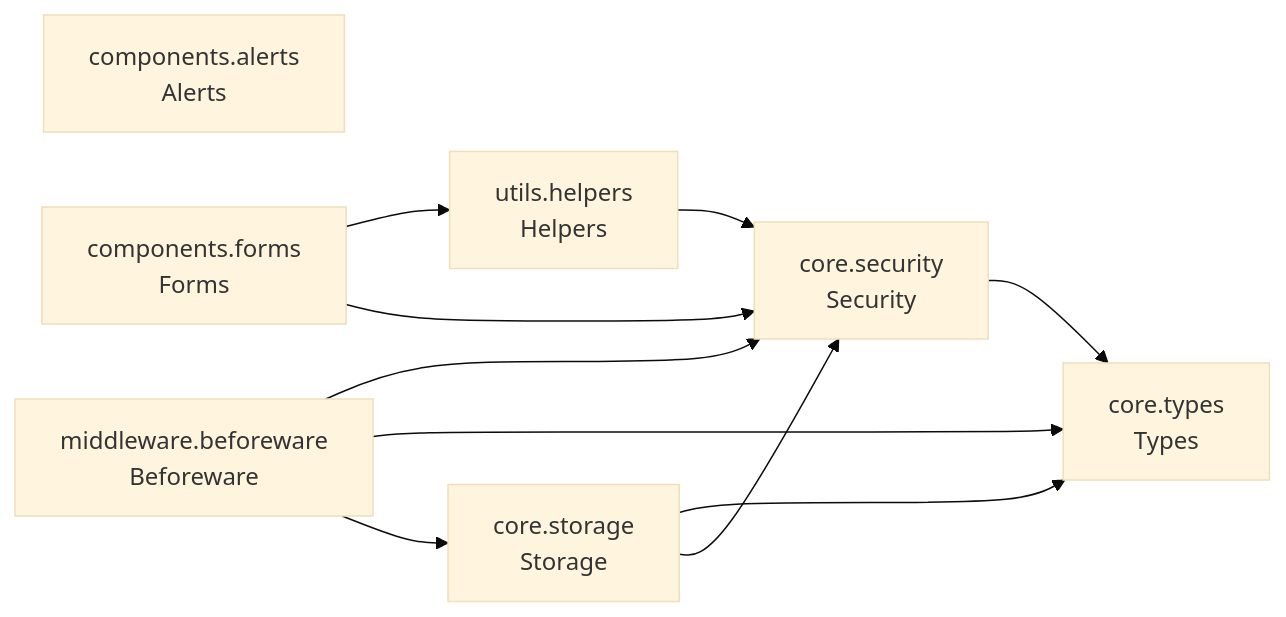
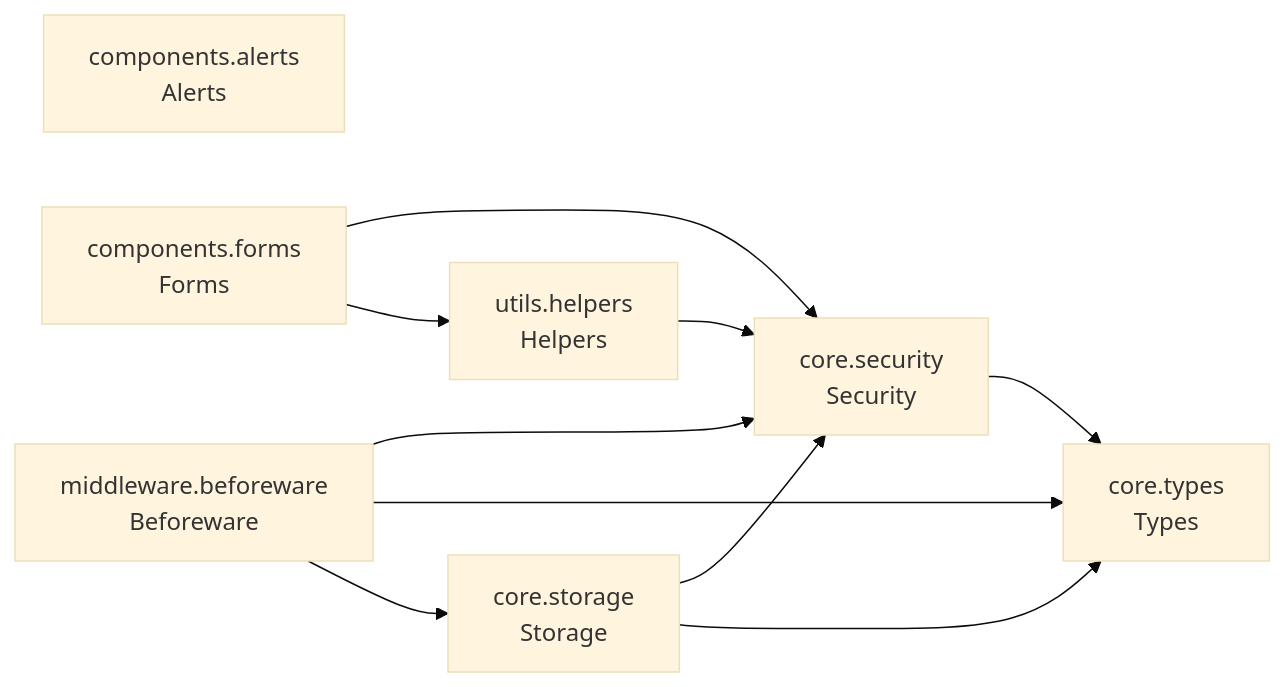
Before and after one commit to cj-mills/cjm-fasthtml-byok: the diagram in README.md, drawn with Mermaid (base theme). The commit also changed other lines of this file and 9 other files, not shown here.

````diff
--- a/README.md
+++ b/README.md
@@ -31,20 +31,20 @@
 ``` mermaid
 graph LR
     components_alerts[components.alerts<br/>Alerts]
     components_forms[components.forms<br/>Forms]
     core_security[core.security<br/>Security]
     core_storage[core.storage<br/>Storage]
     core_types[core.types<br/>Types]
     middleware_beforeware[middleware.beforeware<br/>Beforeware]
     utils_helpers[utils.helpers<br/>Helpers]
 
+    components_forms --> core_security
     components_forms --> utils_helpers
-    components_forms --> core_security
     core_security --> core_types
+    core_storage --> core_security
     core_storage --> core_types
-    core_storage --> core_security
     middleware_beforeware --> core_security
     middleware_beforeware --> core_types
     middleware_beforeware --> core_storage
     utils_helpers --> core_security
 ```
````
